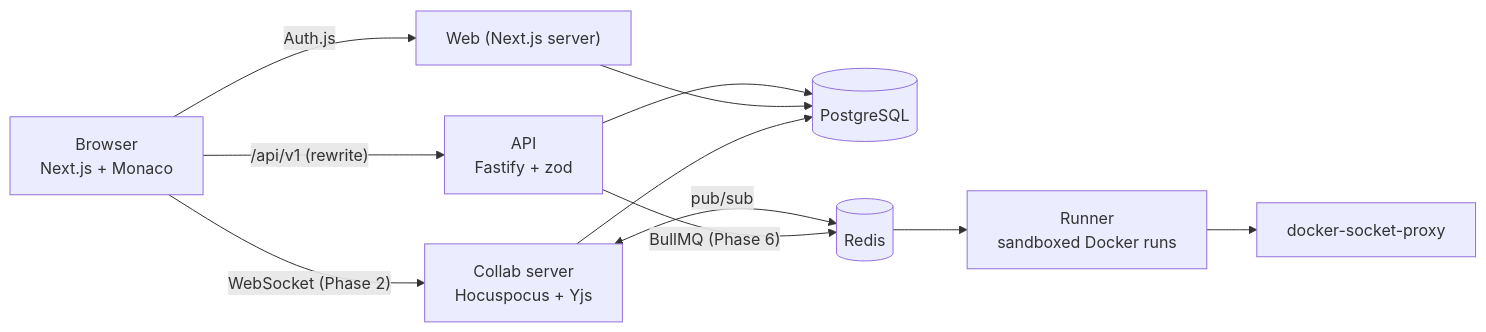
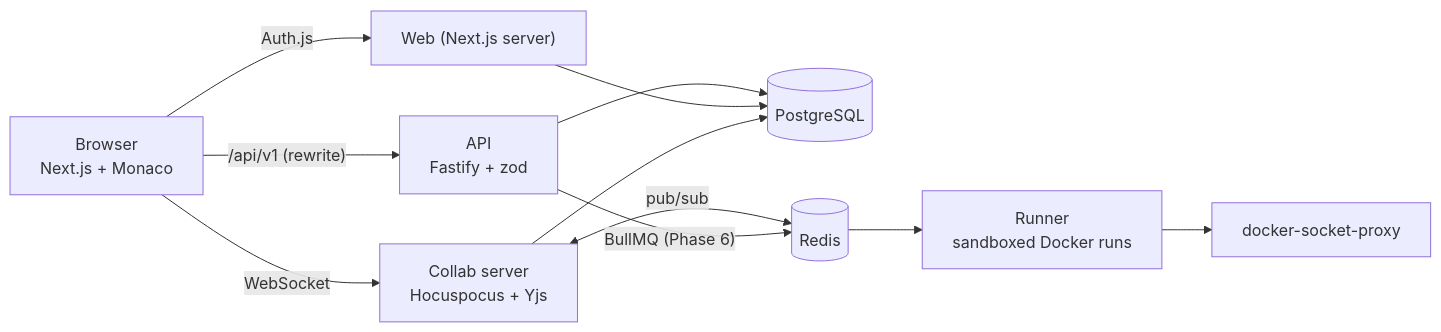
One commit to tishki8/CollabCode changed the diagram in README.md. Above: the diagram before and after it, drawn with Mermaid. The commit also changed other lines of this file and 48 other files, not shown here.

````diff
--- a/README.md
+++ b/README.md
@@ -13,13 +15,13 @@
 ```mermaid
 flowchart LR
   Browser["Browser<br/>Next.js + Monaco"] -->|"/api/v1 (rewrite)"| API["API<br/>Fastify + zod"]
-  Browser -->|"WebSocket (Phase 2)"| Collab["Collab server<br/>Hocuspocus + Yjs"]
+  Browser -->|"WebSocket"| Collab["Collab server<br/>Hocuspocus + Yjs"]
   Browser -->|"Auth.js"| Web["Web (Next.js server)"]
   API --> PG[("PostgreSQL")]
   Web --> PG
   Collab --> PG
   Collab <-->|"pub/sub"| Redis[("Redis")]
   API -->|"BullMQ (Phase 6)"| Redis
   Redis --> Runner["Runner<br/>sandboxed Docker runs"]
   Runner --> Proxy["docker-socket-proxy"]
 ```
````
